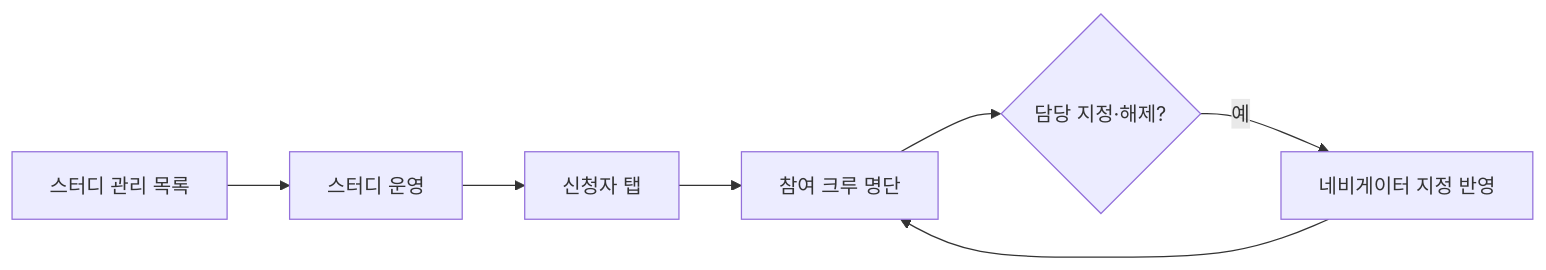
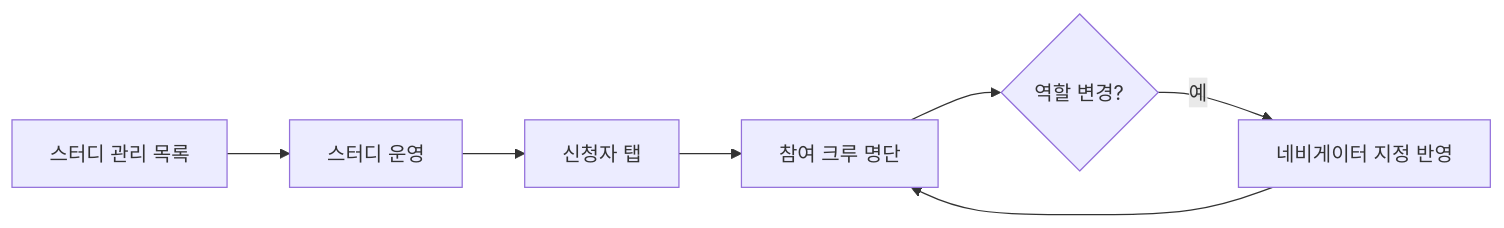
The first of 2 diagrams in 01-planning/stories/captain-view-attendees/PRD.md (StudyClub-PlusPlus/studyclub-engineering), drawn with Mermaid before and after one commit. The commit also changed other lines of this file and 2 other files, not shown here.

````diff
--- a/01-planning/stories/captain-view-attendees/PRD.md
+++ b/01-planning/stories/captain-view-attendees/PRD.md
@@ -9,8 +9,8 @@
 ```mermaid
 flowchart LR
   A["스터디 관리 목록"] --> B["스터디 운영"]
   B --> C["신청자 탭"]
   C --> D["참여 크루 명단"]
-  D --> E{"담당 지정·해제?"}
+  D --> E{"역할 변경?"}
   E -->|예| F["네비게이터 지정 반영"] --> D
 ```
````
